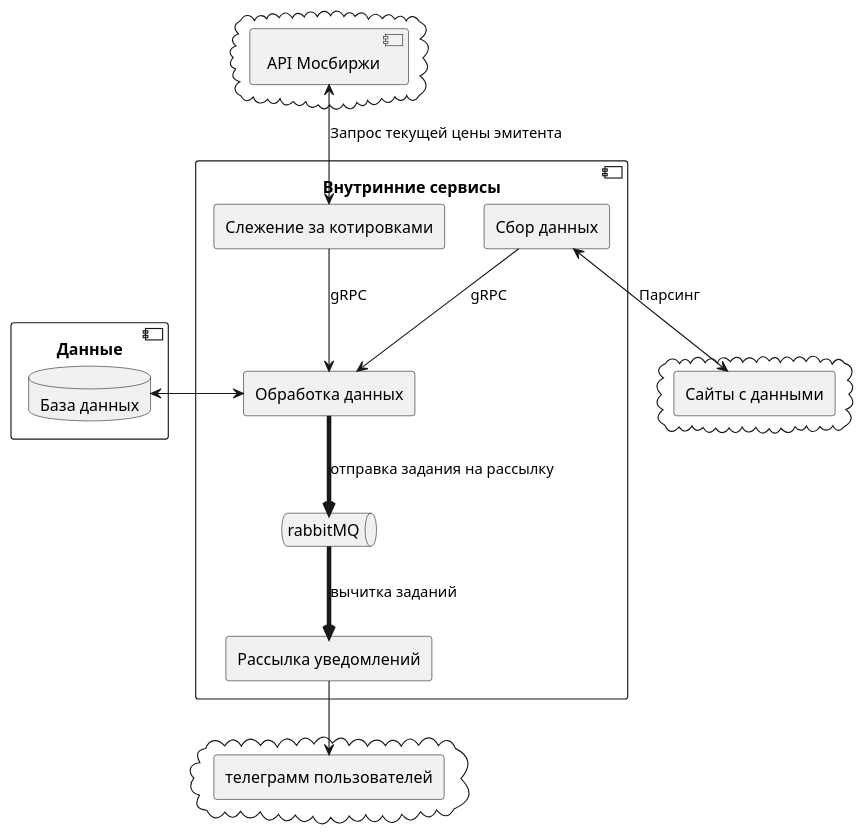
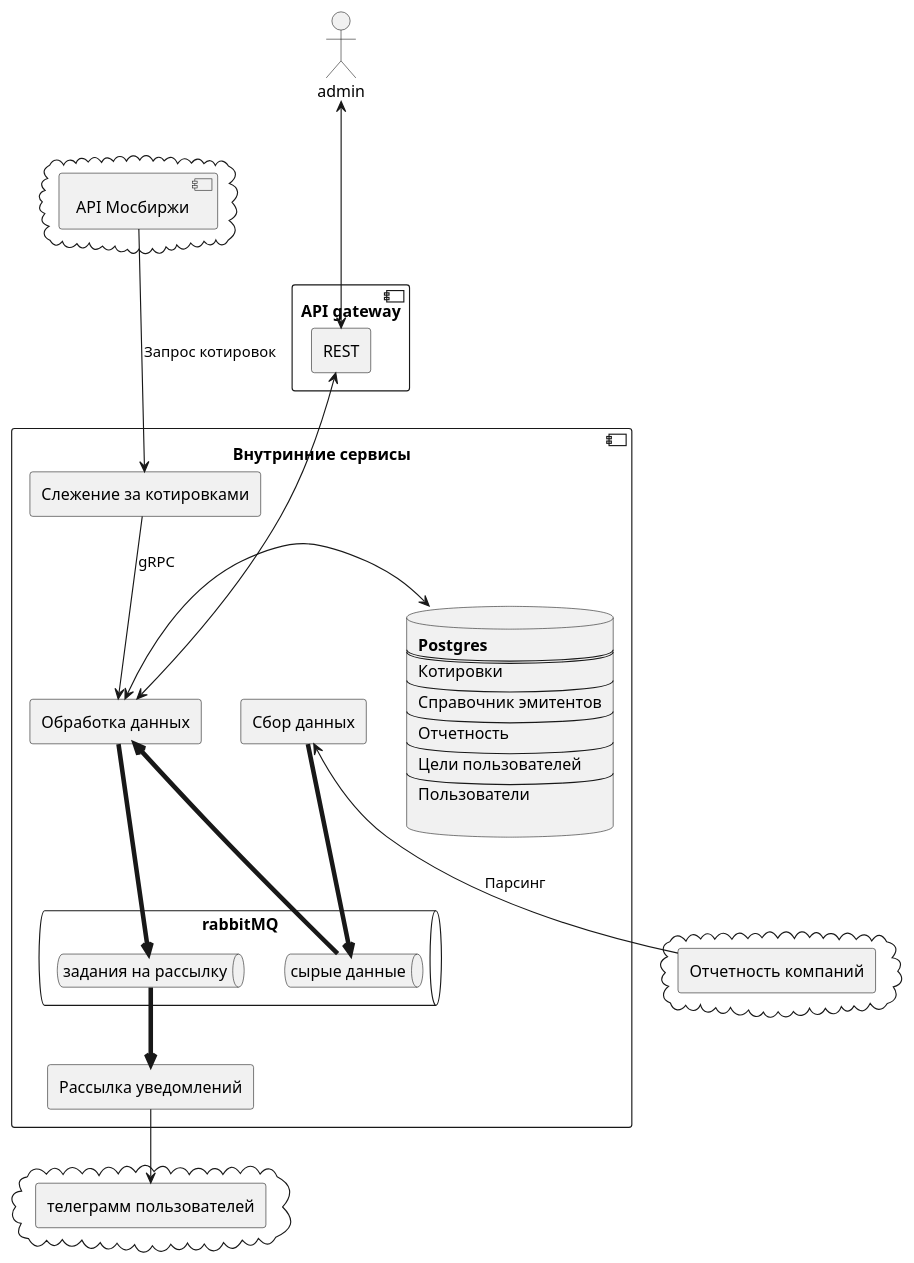
Before and after one commit to akolobaha/fin_quotes: the diagram in README.md, drawn with PlantUML.

Commit message:
обновлен plantUml

````diff
--- a/README.md
+++ b/README.md
@@ -29,43 +29,78 @@
 ```plantuml
 @startuml
-component "Внутринние сервисы" {
+
+actor "admin" as actor
+
+component "API gateway" as gateway {
+agent "REST" as rest
+}
+
+actor <---> rest
+
+
+component "Внутринние сервисы" as internal {
 agent "Слежение за котировками" as tracker
 agent "Обработка данных" as storage
 agent "Рассылка уведомлений" as notification
 agent "Сбор данных" as parser
 
-queue rabbitMQ as rabbit
+
+queue rabbitMQ {
+queue "сырые данные" as rabbit_data {
+
+}
+queue "задания на рассылку" as rabbit_notifications
+
 }
 
-component "Данные" {
-  database "База данных" as db
+
+database database [
+<b>Postgres
+====
+Котировки
+----
+Справочник эмитентов
+----
+Отчетность
+----
+Цели пользователей
+----
+Пользователи
+
+]
 }
+
 
 cloud {
 component "API Мосбиржи" as market
 }
 
 cloud {
 agent "телеграмм пользователей" as telegramm
 }
 
 cloud {
-agent "Сайты с данными" as externalData
+agent "Отчетность компаний" as externalData
 }
 
-parser<-->externalData : Парсинг
+parser<--externalData : Парсинг
 tracker-->storage : gRPC
 
-parser-->storage : gRPC
 
-storage-[thickness=4]->rabbit :"отправка задания на рассылку" 
-rabbit-[thickness=4]->notification : "вычитка заданий"
 
-market<-->tracker : "Запрос текущей цены эмитента"
+parser-[thickness=4]->rabbit_data
+rabbit_data-[thickness=4]->storage
+storage-[thickness=4]->rabbit_notifications
+rabbit_notifications-[thickness=4]->notification
+
+market--->tracker : "Запрос котировок"
 
 notification-->telegramm
 
-storage-->db
-db->storage
+rest <---> storage
+
+
+
+storage<->database
 @enduml
 ```
````
